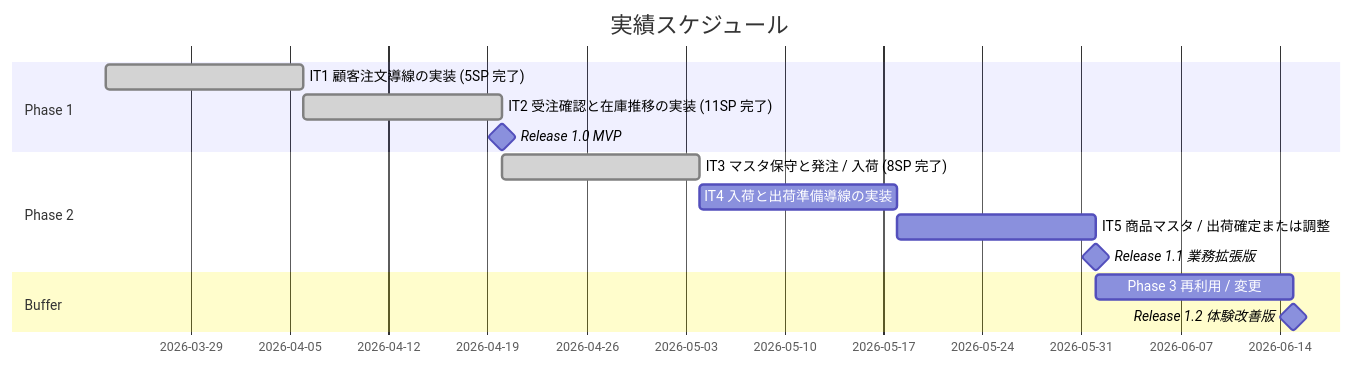
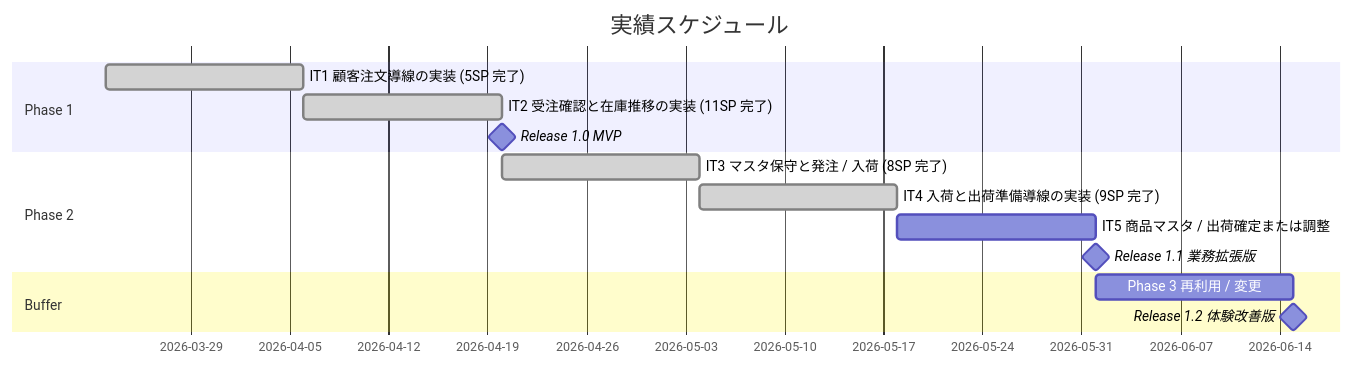
One commit to k2works/case-study-sdd-development changed the second of 3 diagrams in docs/development/release_plan.md. Above: the diagram before and after it, drawn with Mermaid. The commit also changed other lines of this file and 6 other files, not shown here.

````diff
--- a/docs/development/release_plan.md
+++ b/docs/development/release_plan.md
@@ -155,17 +155,17 @@
 ```mermaid
 gantt
     title 実績スケジュール
     dateFormat  YYYY-MM-DD
     section Phase 1
     IT1 顧客注文導線の実装 (5SP 完了)    :done, a1, 2026-03-23, 14d
     IT2 受注確認と在庫推移の実装 (11SP 完了) :done, a2, after a1, 14d
     Release 1.0 MVP                    :milestone, m1, after a2, 0d
     section Phase 2
     IT3 マスタ保守と発注 / 入荷 (8SP 完了) :done, a3, after a2, 14d
-    IT4 入荷と出荷準備導線の実装        :a4, after a3, 14d
+    IT4 入荷と出荷準備導線の実装 (9SP 完了) :done, a4, after a3, 14d
     IT5 商品マスタ / 出荷確定または調整  :a5, after a4, 14d
     Release 1.1 業務拡張版              :milestone, m2, after a5, 0d
     section Buffer
     Phase 3 再利用 / 変更               :a6, after m2, 14d
     Release 1.2 体験改善版              :milestone, m3, after a6, 0d
 ```
````
